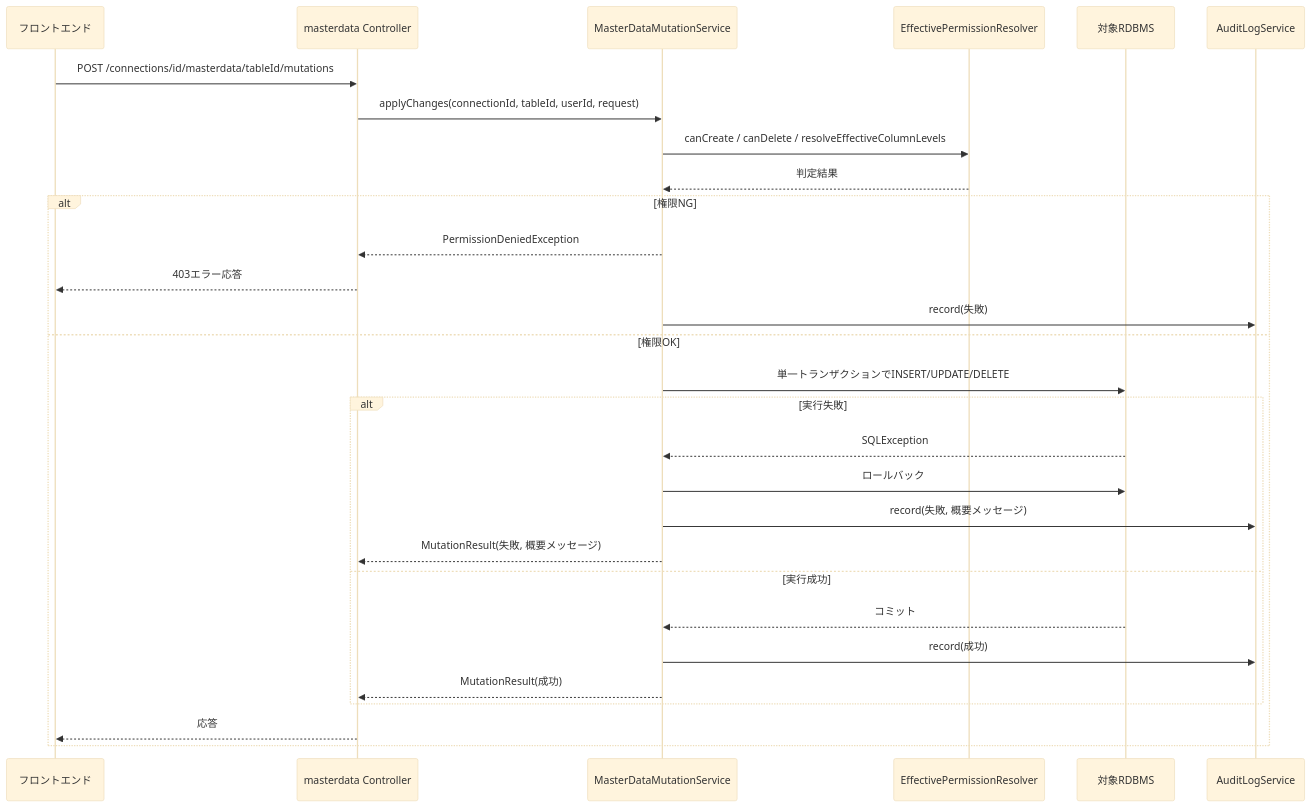
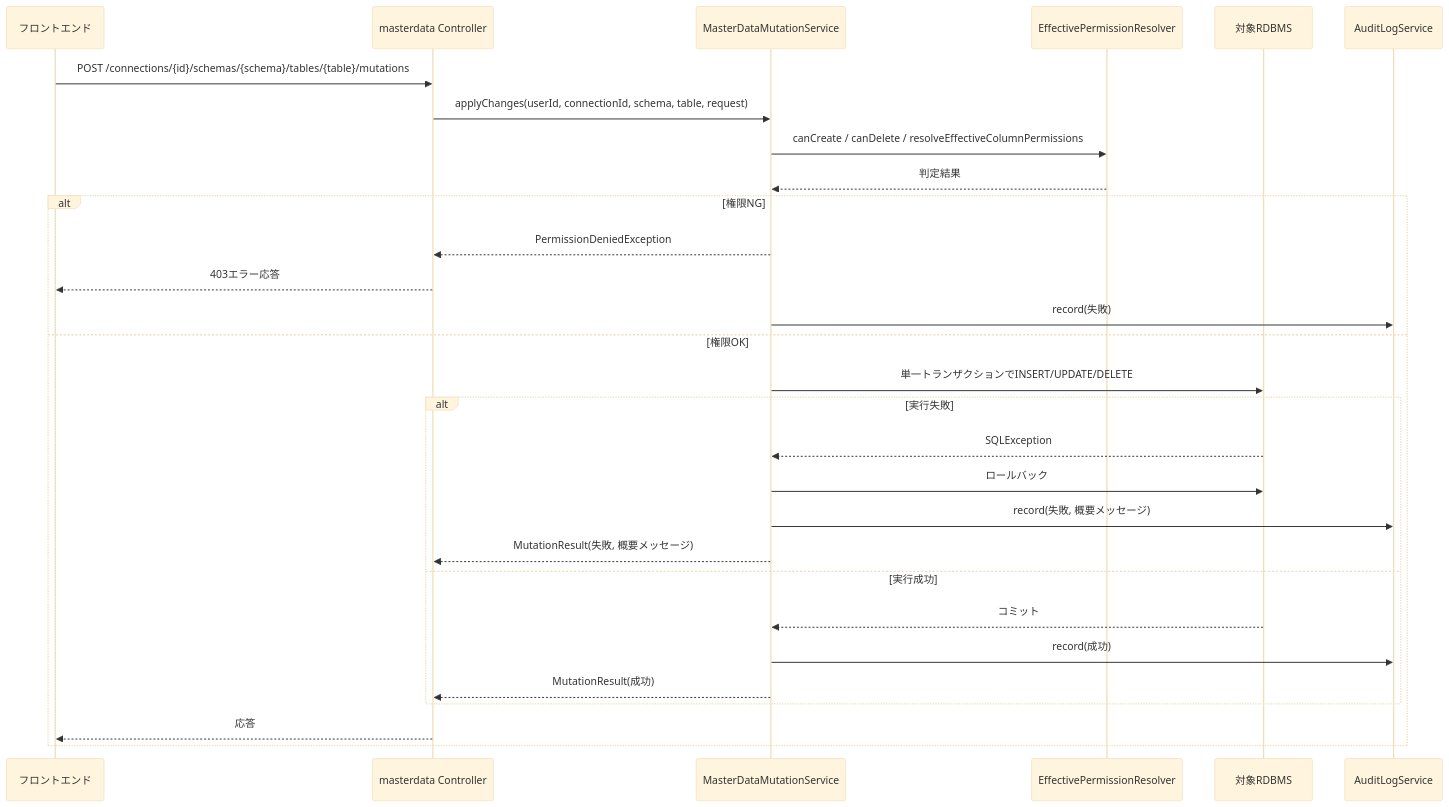
Before and after one commit to agwlvssainokuni/MasterMeister2: the second of 2 diagrams in aidlc-docs/inception/application-design/component-dependency.md, drawn with Mermaid (base theme). The commit also changed other lines of this file and 3 other files, not shown here.

First line of the commit message:
権限・マスタデータ関連メソッドのテーブル識別方式をschema+table名に統一

````diff
--- a/aidlc-docs/inception/application-design/component-dependency.md
+++ b/aidlc-docs/inception/application-design/component-dependency.md
@@ -98,32 +100,32 @@
 ```mermaid
 sequenceDiagram
     participant FE as フロントエンド
     participant MC as masterdata Controller
     participant MM as MasterDataMutationService
     participant PR as EffectivePermissionResolver
     participant DB as 対象RDBMS
     participant AL as AuditLogService
 
-    FE->>MC: POST /connections/id/masterdata/tableId/mutations
-    MC->>MM: applyChanges(connectionId, tableId, userId, request)
-    MM->>PR: canCreate / canDelete / resolveEffectiveColumnLevels
+    FE->>MC: POST /connections/{id}/schemas/{schema}/tables/{table}/mutations
+    MC->>MM: applyChanges(userId, connectionId, schema, table, request)
+    MM->>PR: canCreate / canDelete / resolveEffectiveColumnPermissions
     PR-->>MM: 判定結果
     alt 権限NG
         MM-->>MC: PermissionDeniedException
         MC-->>FE: 403エラー応答
         MM->>AL: record(失敗)
     else 権限OK
         MM->>DB: 単一トランザクションでINSERT/UPDATE/DELETE
         alt 実行失敗
             DB-->>MM: SQLException
             MM->>DB: ロールバック
             MM->>AL: record(失敗, 概要メッセージ)
             MM-->>MC: MutationResult(失敗, 概要メッセージ)
         else 実行成功
             DB-->>MM: コミット
             MM->>AL: record(成功)
             MM-->>MC: MutationResult(成功)
         end
         MC-->>FE: 応答
     end
 ```
````
